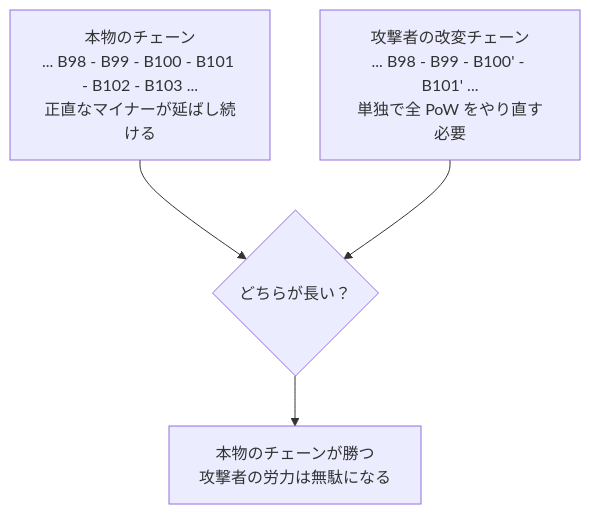
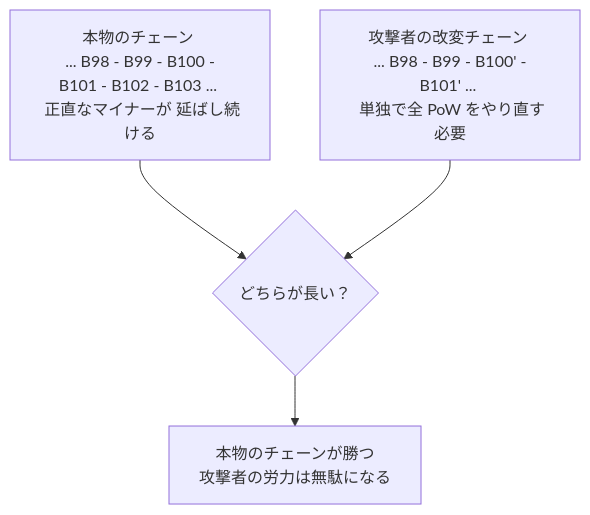
The tenth of 10 diagrams in src/data/translations/ja/analysis/2026-05-23-how-bitcoin-works-visual-glossary.md (cypher256/BitcoinArchive), drawn with Mermaid before and after one commit. The commit also changed other lines of this file and 20 other files, not shown here.

````diff
--- a/src/data/translations/ja/analysis/2026-05-23-how-bitcoin-works-visual-glossary.md
+++ b/src/data/translations/ja/analysis/2026-05-23-how-bitcoin-works-visual-glossary.md
@@ -272,9 +274,9 @@
 ```mermaid
 flowchart TD
-  REAL[本物のチェーン<br/>... B98 - B99 - B100 - B101 - B102 - B103 ...<br/>正直なマイナーが延ばし続ける]
-  ATK[攻撃者の改変チェーン<br/>... B98 - B99 - B100' - B101' ...<br/>単独で全 PoW をやり直す必要]
+  REAL[本物のチェーン <br/> ... B98 - B99 - B100 - B101 - B102 - B103 ... <br/> 正直なマイナーが 延ばし続ける]
+  ATK[攻撃者の改変チェーン <br/> ... B98 - B99 - B100' - B101' ... <br/> 単独で全 PoW をやり直す必要]
   W{どちらが長い？}
   REAL --> W
   ATK --> W
-  W --> WIN[本物のチェーンが勝つ<br/>攻撃者の労力は無駄になる]
+  W --> WIN[本物のチェーンが勝つ <br/> 攻撃者の労力は無駄になる]
 ```
````
